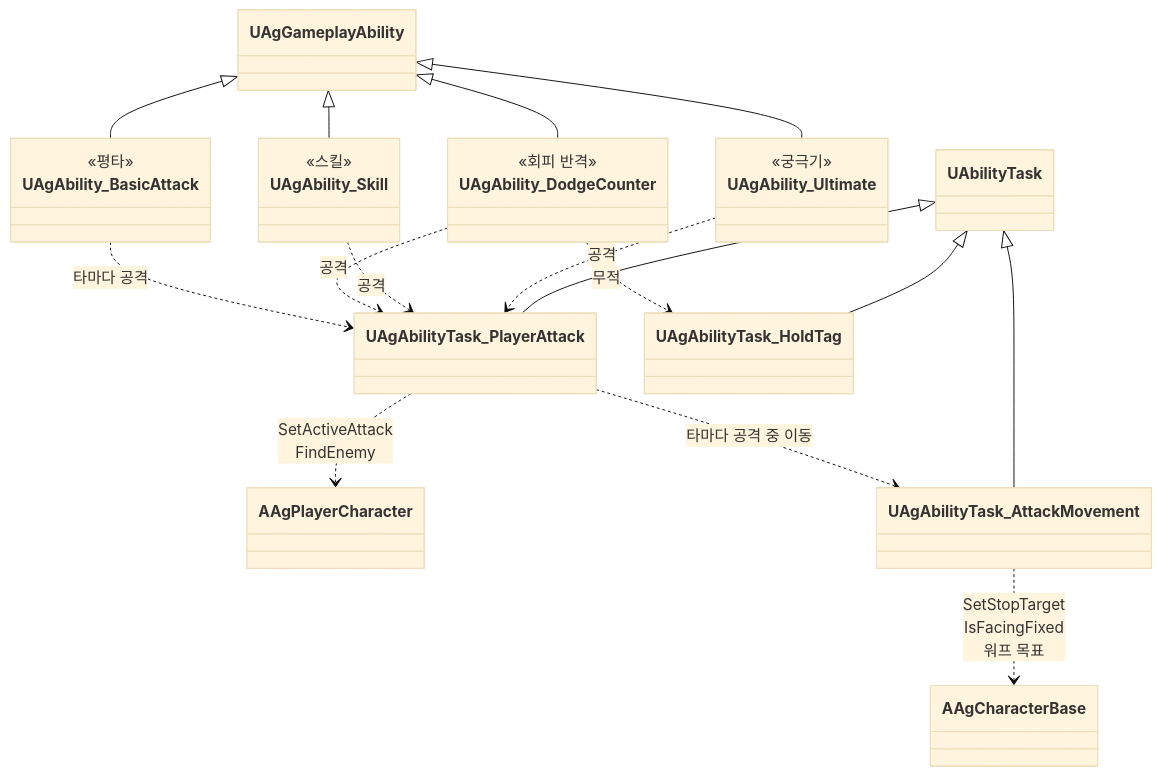
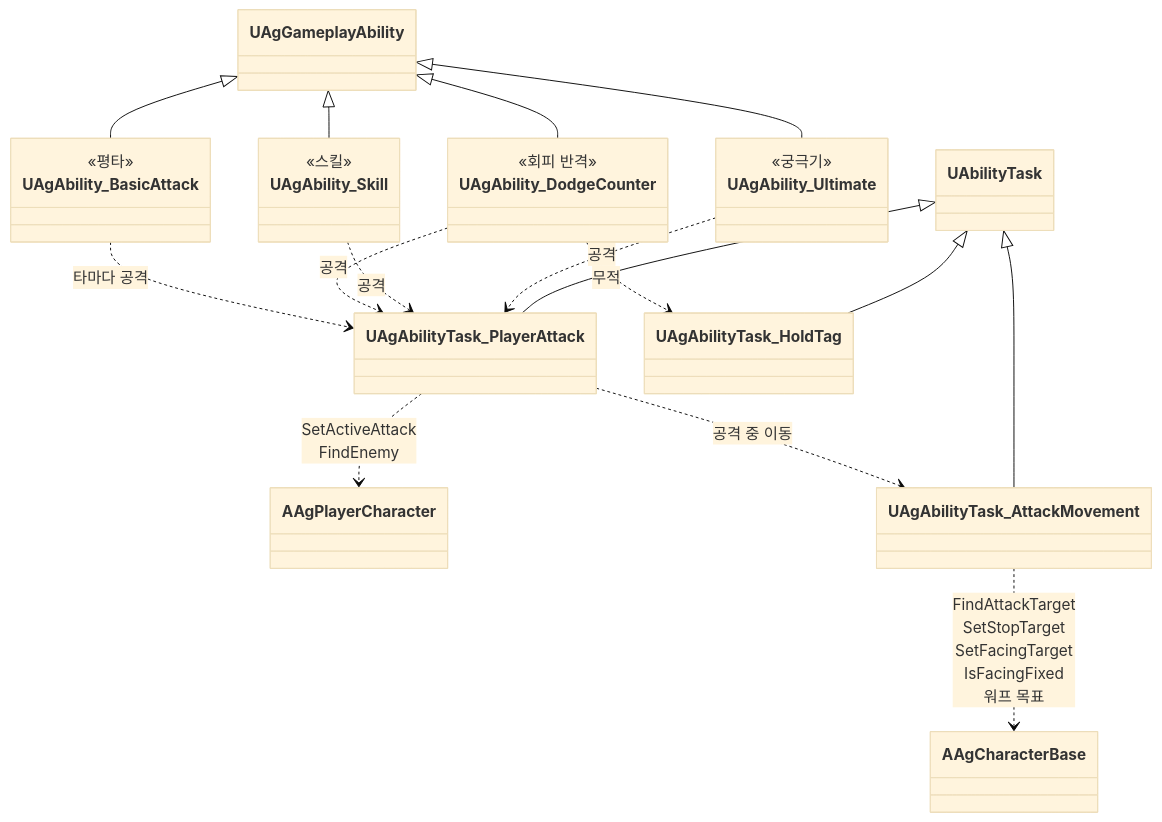
The fifth of 21 diagrams in Docs/Program/클래스 구조도.md (Woogl/Ag), drawn with Mermaid (base theme) before and after one commit. The commit also changed 31 other files, not shown here.

````diff
--- a/Docs/Program/클래스 구조도.md
+++ b/Docs/Program/클래스 구조도.md
@@ -189,32 +189,32 @@
 ```mermaid
 classDiagram
     direction TB
     class UAgAbility_BasicAttack {
         <<평타>>
     }
     class UAgAbility_DodgeCounter {
         <<회피 반격>>
     }
     class UAgAbility_Skill {
         <<스킬>>
     }
     class UAgAbility_Ultimate {
         <<궁극기>>
     }
     UAgGameplayAbility <|-- UAgAbility_BasicAttack
     UAgGameplayAbility <|-- UAgAbility_DodgeCounter
     UAgGameplayAbility <|-- UAgAbility_Skill
     UAgGameplayAbility <|-- UAgAbility_Ultimate
 
     UAgAbility_BasicAttack ..> UAgAbilityTask_PlayerAttack : 타마다 공격
     UAgAbility_DodgeCounter ..> UAgAbilityTask_PlayerAttack : 공격
     UAgAbility_Skill ..> UAgAbilityTask_PlayerAttack : 공격
     UAgAbility_Ultimate ..> UAgAbilityTask_PlayerAttack : 공격
     UAgAbility_DodgeCounter ..> UAgAbilityTask_HoldTag : 무적
     UAgAbilityTask_PlayerAttack ..> AAgPlayerCharacter : SetActiveAttack<br>FindEnemy
-    UAgAbilityTask_PlayerAttack ..> UAgAbilityTask_AttackMovement : 타마다 공격 중 이동
-    UAgAbilityTask_AttackMovement ..> AAgCharacterBase : SetStopTarget<br>IsFacingFixed<br>워프 목표
+    UAgAbilityTask_PlayerAttack ..> UAgAbilityTask_AttackMovement : 공격 중 이동
+    UAgAbilityTask_AttackMovement ..> AAgCharacterBase : FindAttackTarget<br>SetStopTarget<br>SetFacingTarget<br>IsFacingFixed<br>워프 목표
     UAbilityTask <|-- UAgAbilityTask_PlayerAttack
     UAbilityTask <|-- UAgAbilityTask_AttackMovement
     UAbilityTask <|-- UAgAbilityTask_HoldTag
 ```
````
